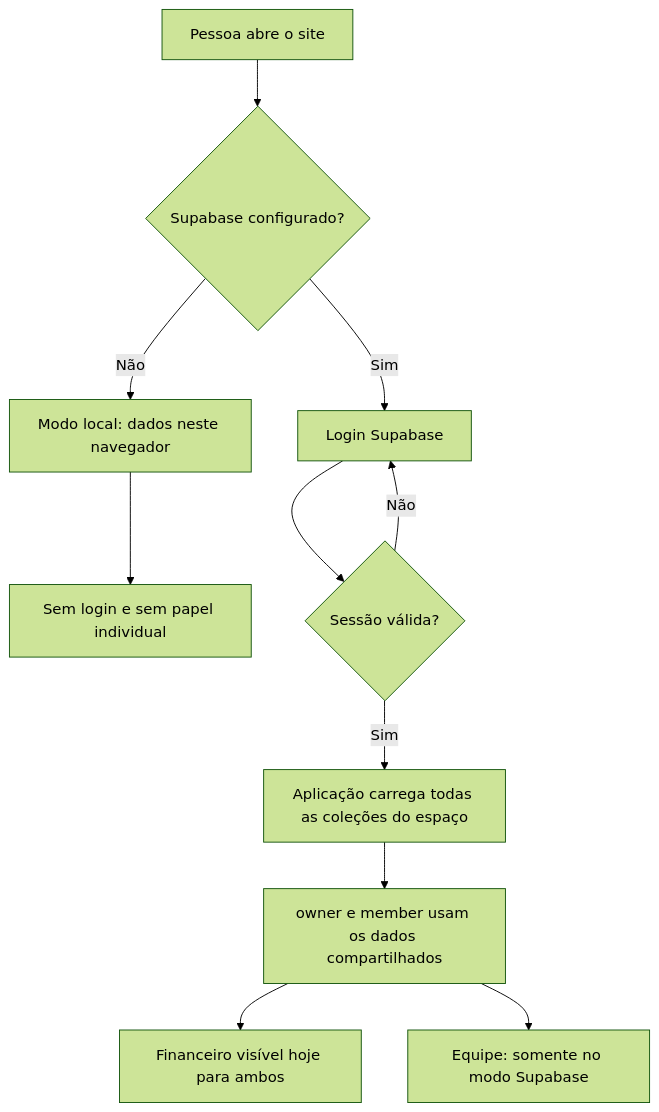
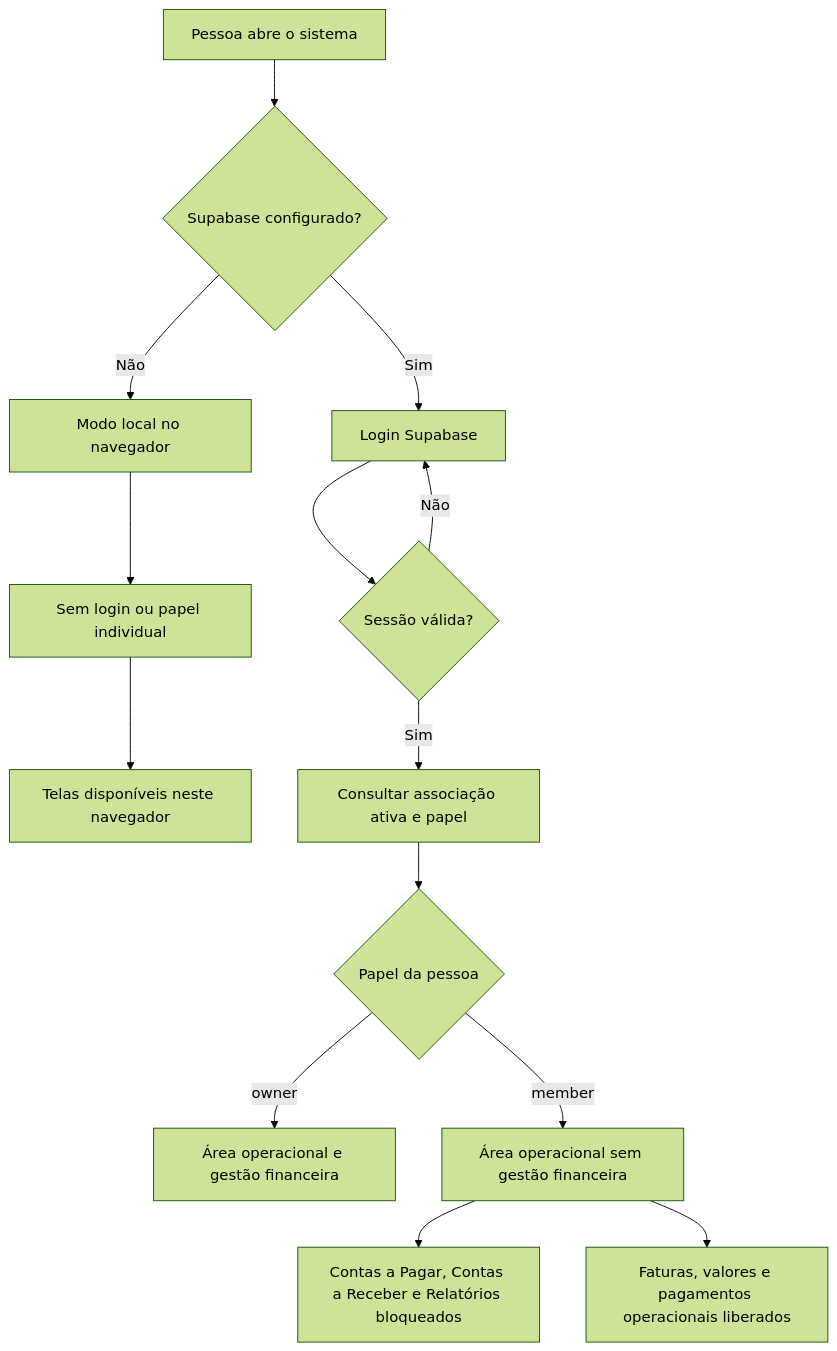
Before and after one commit to rockbca-dotcom/grafica-livre: the first of 4 diagrams in FLUXOGRAMA.md, drawn with Mermaid (forest theme). The commit also changed other lines of this file and 21 other files, not shown here.

````diff
--- a/FLUXOGRAMA.md
+++ b/FLUXOGRAMA.md
@@ -7,13 +9,16 @@
 ```mermaid
 flowchart TD
-    A[Pessoa abre o site] --> B{Supabase configurado?}
-    B -- Não --> C[Modo local: dados neste navegador]
-    C --> C1[Sem login e sem papel individual]
-    B -- Sim --> D[Login Supabase]
-    D --> E{Sessão válida?}
-    E -- Não --> D
-    E -- Sim --> F[Aplicação carrega todas as coleções do espaço]
-    F --> G[owner e member usam os dados compartilhados]
-    G --> H[Financeiro visível hoje para ambos]
-    G --> I[Equipe: somente no modo Supabase]
+    A[Pessoa abre o sistema] --> B{Supabase configurado?}
+    B -- Não --> L[Modo local no navegador]
+    L --> L1[Sem login ou papel individual]
+    L1 --> APP[Telas disponíveis neste navegador]
+    B -- Sim --> LOGIN[Login Supabase]
+    LOGIN --> S{Sessão válida?}
+    S -- Não --> LOGIN
+    S -- Sim --> R[Consultar associação ativa e papel]
+    R --> ROLE{Papel da pessoa}
+    ROLE -- owner --> OWNER[Área operacional e gestão financeira]
+    ROLE -- member --> MEMBER[Área operacional sem gestão financeira]
+    MEMBER --> M1[Contas a Pagar, Contas a Receber e Relatórios bloqueados]
+    MEMBER --> M2[Faturas, valores e pagamentos operacionais liberados]
 ```
````
